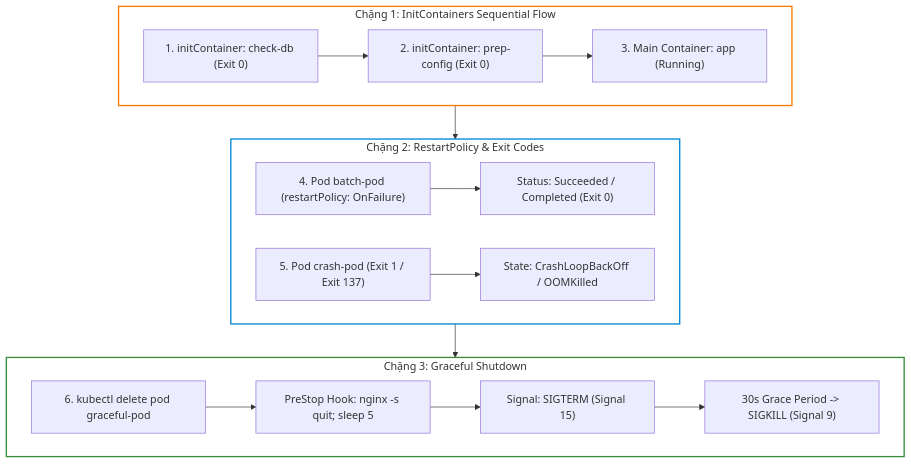
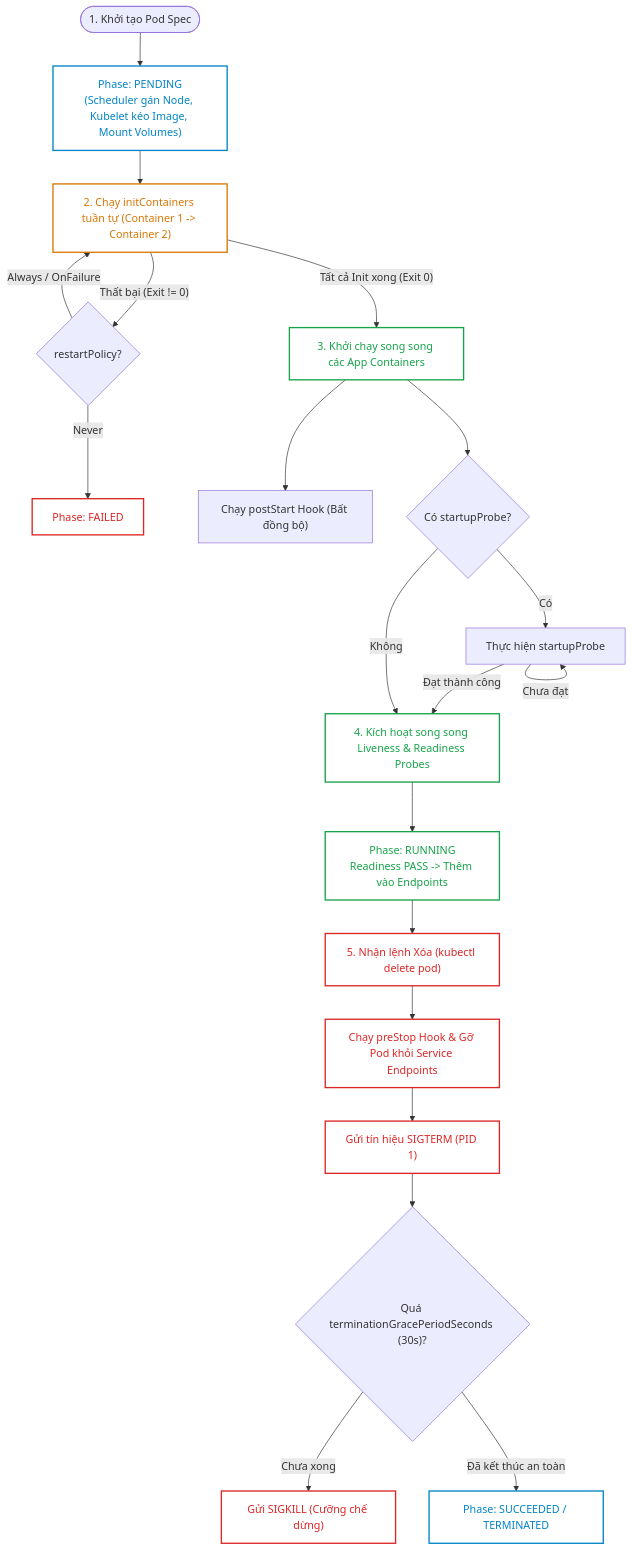
One commit to kiennt308/ntk changed the first of 2 diagrams in _posts/2026-09-12-cka-14-14-pod-va-vong-doi.md. Above: the diagram before and after it, drawn with Mermaid. The commit also changed other lines of this file and 39 other files, not shown here.

````diff
--- a/_posts/2026-09-12-cka-14-14-pod-va-vong-doi.md
+++ b/_posts/2026-09-12-cka-14-14-pod-va-vong-doi.md
@@ -489,24 +51,33 @@
 ```mermaid
-graph TD
-    subgraph Init_Lab ["Chặng 1: InitContainers Sequential Flow"]
-        INIT1["1. initContainer: check-db (Exit 0)"] --> INIT2["2. initContainer: prep-config (Exit 0)"]
-        INIT2 --> MAIN["3. Main Container: app (Running)"]
-    end
+flowchart TD
+    classDef phase fill:none,stroke:#0284c7,stroke-width:2px,color:#0284c7;
+    classDef init fill:none,stroke:#d97706,stroke-width:2px,color:#d97706;
+    classDef run fill:none,stroke:#16a34a,stroke-width:2px,color:#16a34a;
+    classDef term fill:none,stroke:#dc2626,stroke-width:2px,color:#dc2626;
 
-    subgraph Exit_Lab ["Chặng 2: RestartPolicy & Exit Codes"]
-        BATCH["4. Pod batch-pod (restartPolicy: OnFailure)"] --> COMPLETED["Status: Succeeded / Completed (Exit 0)"]
-        CRASH["5. Pod crash-pod (Exit 1 / Exit 137)"] --> BACKOFF["State: CrashLoopBackOff / OOMKilled"]
-    end
+    Start(["1. Khởi tạo Pod Spec"]) --> Pending["Phase: PENDING<br>(Scheduler gán Node, Kubelet kéo Image, Mount Volumes)"]:::phase
+    
+    Pending --> InitSeq["2. Chạy initContainers tuần tự (Container 1 -> Container 2)"]:::init
+    InitSeq -- "Thất bại (Exit != 0)" --> RestartInit{"restartPolicy?"}
+    RestartInit -- "Always / OnFailure" --> InitSeq
+    RestartInit -- "Never" --> FailedPhase["Phase: FAILED"]:::term
 
-    subgraph Graceful_Lab ["Chặng 3: Graceful Shutdown"]
-        DEL_POD["6. kubectl delete pod graceful-pod"] --> PRESTOP["PreStop Hook: nginx -s quit; sleep 5"]
-        PRESTOP --> SIGTERM["Signal: SIGTERM (Signal 15)"]
-        SIGTERM --> TIMEOUT["30s Grace Period -> SIGKILL (Signal 9)"]
-    end
+    InitSeq -- "Tất cả Init xong (Exit 0)" --> AppStart["3. Khởi chạy song song các App Containers"]:::run
+    
+    AppStart --> PostStart["Chạy postStart Hook (Bất đồng bộ)"]
+    AppStart --> StartupCheck{"Có startupProbe?"}
 
-    Init_Lab --> Exit_Lab --> Graceful_Lab
+    StartupCheck -- "Có" --> ExecStartup["Thực hiện startupProbe"]
+    ExecStartup -- "Chưa đạt" --> ExecStartup
+    ExecStartup -- "Đạt thành công" --> ActiveProbes["4. Kích hoạt song song Liveness & Readiness Probes"]:::run
+    StartupCheck -- "Không" --> ActiveProbes
 
-    style Init_Lab fill:none,stroke:#f57c00,stroke-width:2px
-    style Exit_Lab fill:none,stroke:#0288d1,stroke-width:2px
-    style Graceful_Lab fill:none,stroke:#388e3c,stroke-width:2px
+    ActiveProbes --> Running["Phase: RUNNING<br>Readiness PASS -> Thêm vào Endpoints"]:::run
+
+    Running --> TermSignal["5. Nhận lệnh Xóa (kubectl delete pod)"]:::term
+    TermSignal --> PreStop["Chạy preStop Hook & Gỡ Pod khỏi Service Endpoints"]:::term
+    PreStop --> SigTerm["Gửi tín hiệu SIGTERM (PID 1)"]:::term
+    SigTerm --> GracePeriod{"Quá terminationGracePeriodSeconds (30s)?"}
+    GracePeriod -- "Chưa xong" --> SigKill["Gửi SIGKILL (Cưỡng chế dừng)"]:::term
+    GracePeriod -- "Đã kết thúc an toàn" --> SucceededPhase["Phase: SUCCEEDED / TERMINATED"]:::phase
 ```
````
